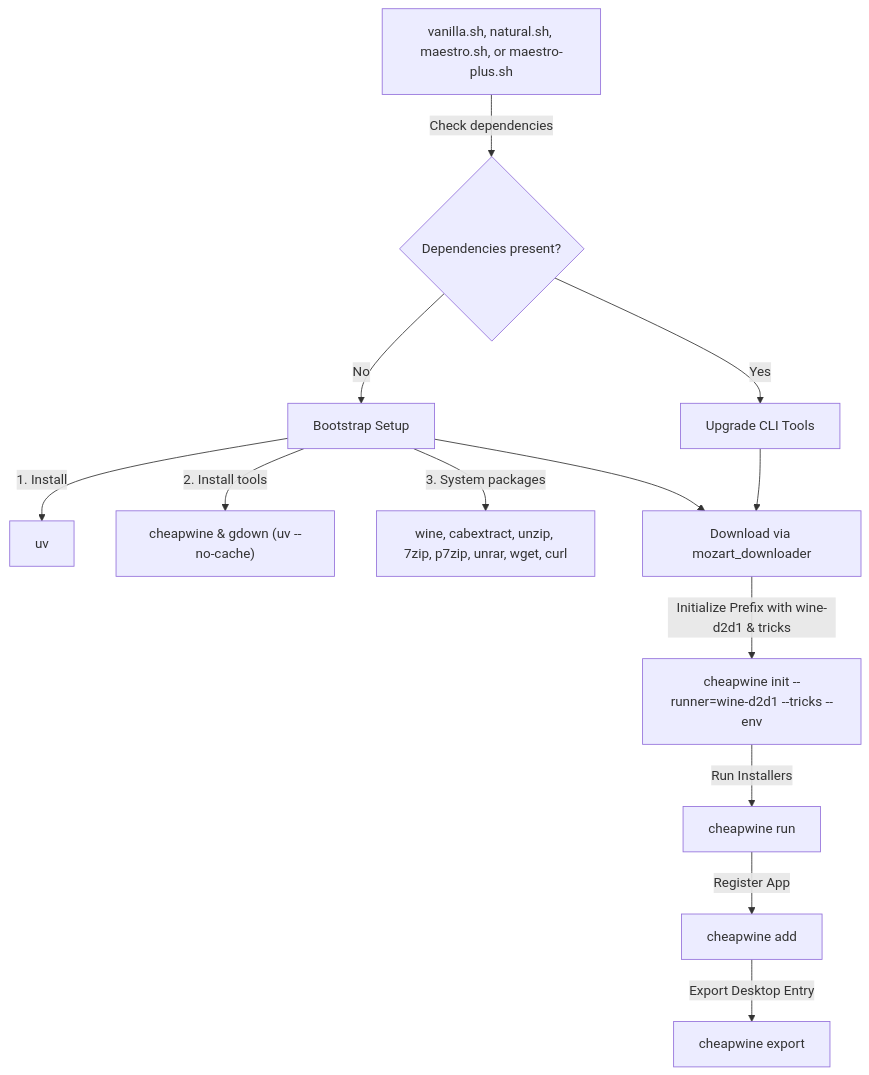
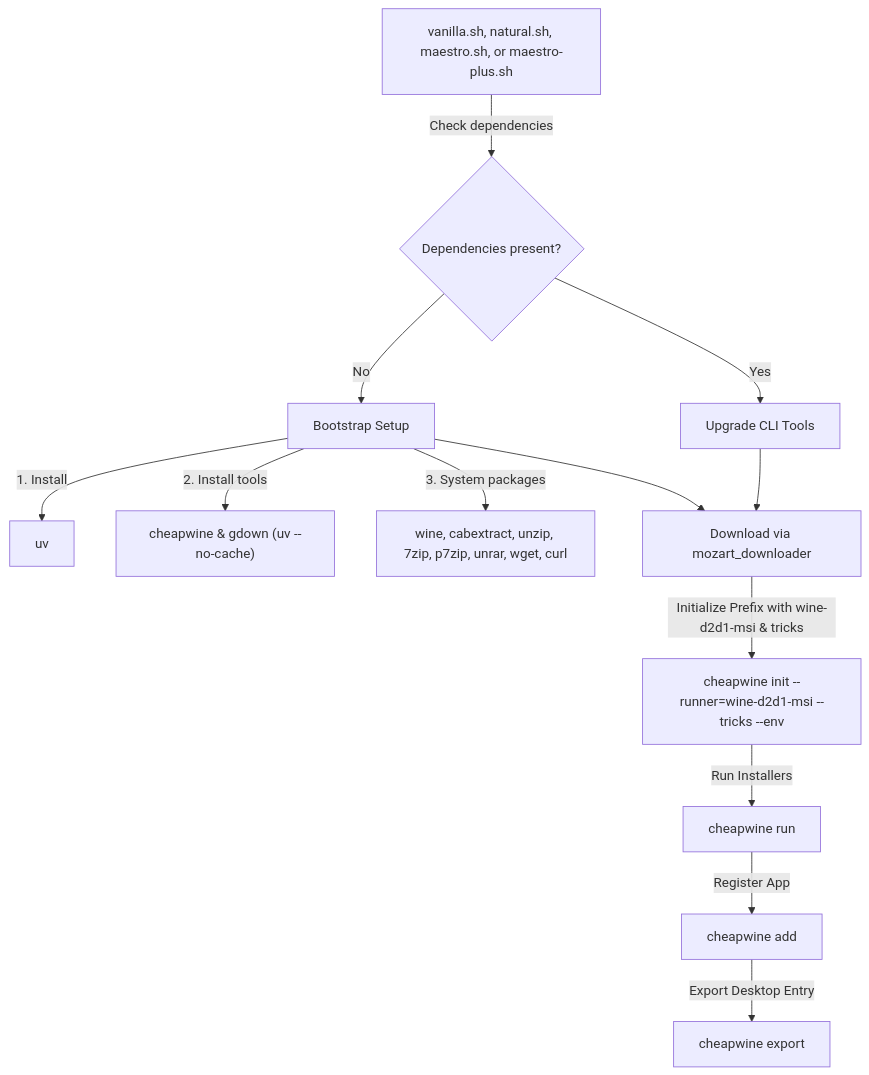
The diagram in README.md (HeapHeapHooray/getfruity), drawn with Mermaid before and after one commit. The commit also changed other lines of this file and 4 other files, not shown here.

Commit message:
Standardize cheapwine init across all installer scripts and README

````diff
--- a/README.md
+++ b/README.md
@@ -29,15 +29,15 @@
 ```mermaid
 graph TD
     A["vanilla.sh, natural.sh, maestro.sh, or maestro-plus.sh"] -->|Check dependencies| B{"Dependencies present?"}
     B -->|No| C[Bootstrap Setup]
     C -->|1. Install| D[uv]
     C -->|2. Install tools| E["cheapwine & gdown (uv --no-cache)"]
     C -->|3. System packages| F["wine, cabextract, unzip, 7zip, p7zip, unrar, wget, curl"]
     B -->|Yes| G["Upgrade CLI Tools"]
     G --> H["Download via mozart_downloader"]
     C --> H
-    H -->|Initialize Prefix with wine-d2d1 & tricks| I["cheapwine init --runner=wine-d2d1 --tricks --env"]
+    H -->|Initialize Prefix with wine-d2d1-msi & tricks| I["cheapwine init --runner=wine-d2d1-msi --tricks --env"]
     I -->|Run Installers| J[cheapwine run]
     J -->|Register App| K[cheapwine add]
     K -->|Export Desktop Entry| L[cheapwine export]
 ```
````
